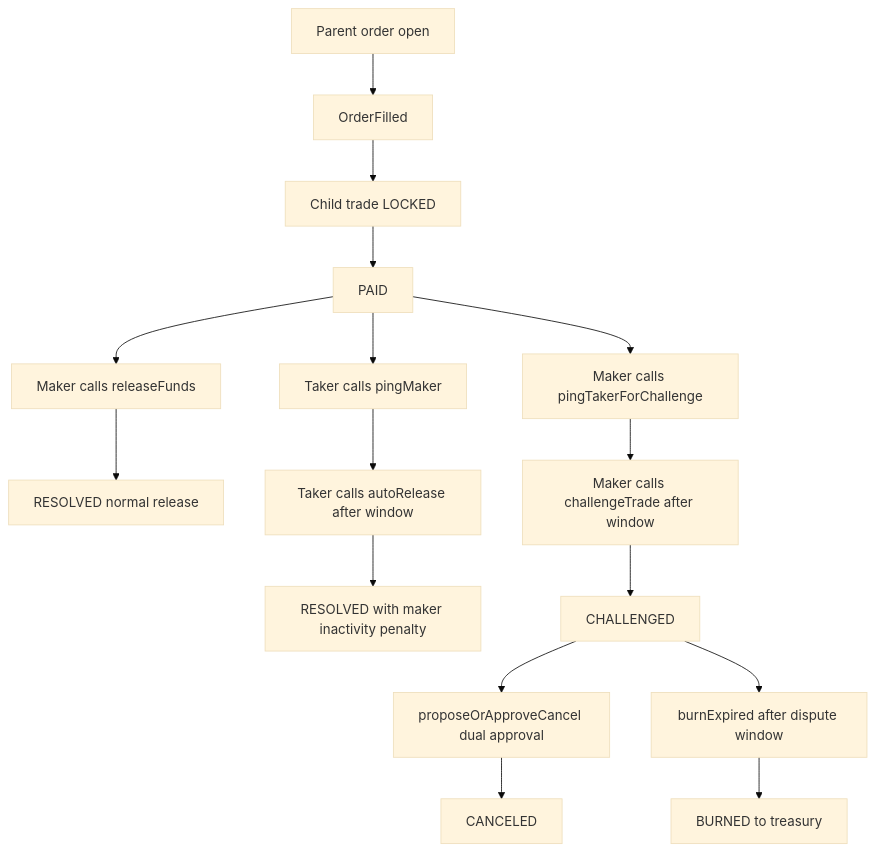
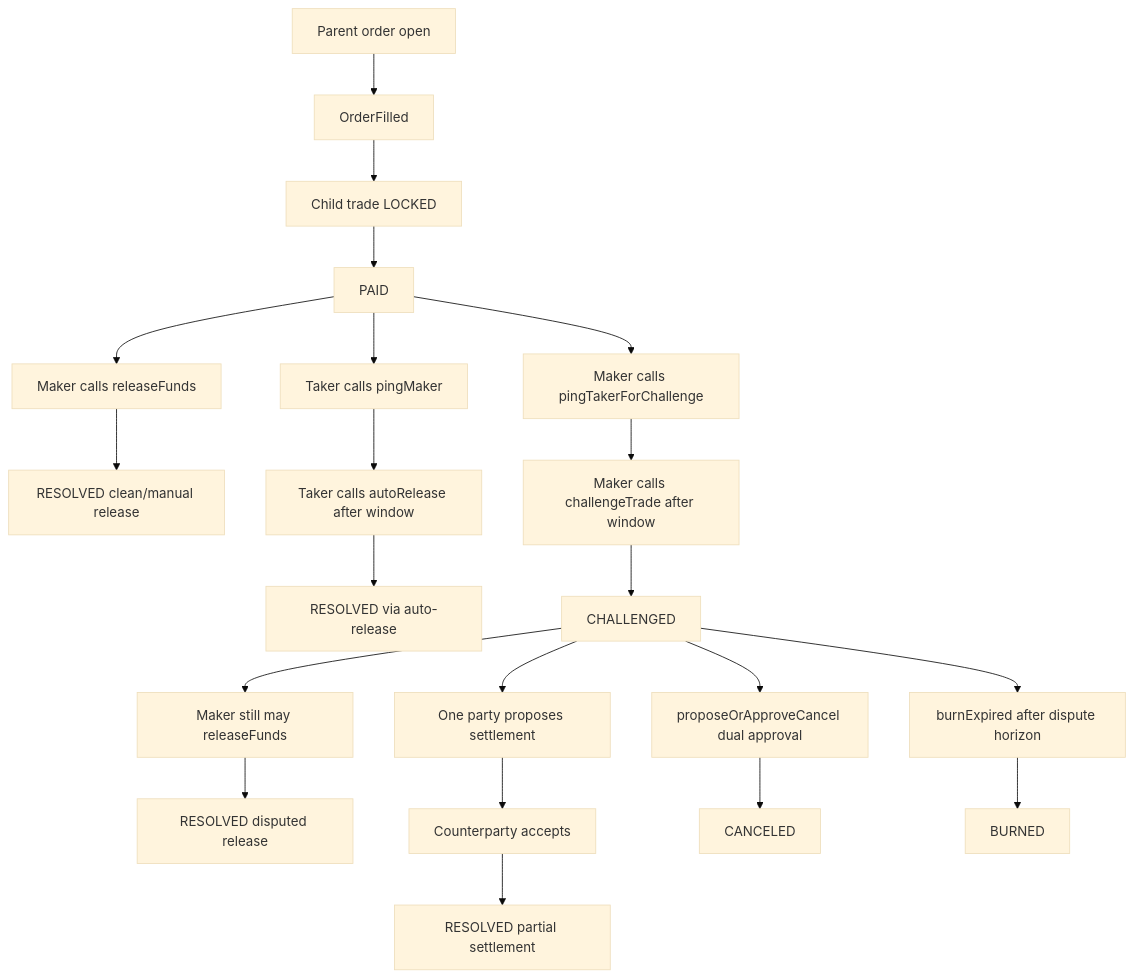
One commit to MyDemir/Araf-Protokol changed the first of 2 diagrams in docs/EN/GAME_THEORY.md. Above: the diagram before and after it, drawn with Mermaid (base theme). The commit also changed other lines of this file, not shown here.

````diff
--- a/docs/EN/GAME_THEORY.md
+++ b/docs/EN/GAME_THEORY.md
@@ -11,23 +32,30 @@
 ```mermaid
 flowchart TD
     parent_order[Parent order open] --> fill_event[OrderFilled]
     fill_event --> child_trade[Child trade LOCKED]
     child_trade --> paid_state[PAID]
 
     paid_state --> release_call[Maker calls releaseFunds]
-    release_call --> resolved_normal[RESOLVED normal release]
+    release_call --> resolved_normal[RESOLVED clean/manual release]
 
     paid_state --> ping_maker[Taker calls pingMaker]
     ping_maker --> auto_release[Taker calls autoRelease after window]
-    auto_release --> resolved_penalty[RESOLVED with maker inactivity penalty]
+    auto_release --> resolved_penalty[RESOLVED via auto-release]
 
     paid_state --> ping_taker[Maker calls pingTakerForChallenge]
     ping_taker --> challenge_call[Maker calls challengeTrade after window]
     challenge_call --> challenged_state[CHALLENGED]
 
+    challenged_state --> release_after_challenge[Maker still may releaseFunds]
+    release_after_challenge --> disputed_release[RESOLVED disputed release]
+
+    challenged_state --> split_offer[One party proposes settlement]
+    split_offer --> split_accept[Counterparty accepts]
+    split_accept --> split_resolved[RESOLVED partial settlement]
+
     challenged_state --> cancel_dual[proposeOrApproveCancel dual approval]
     cancel_dual --> canceled_state[CANCELED]
 
-    challenged_state --> burn_call[burnExpired after dispute window]
-    burn_call --> burn_terminal[BURNED to treasury]
+    challenged_state --> burn_call[burnExpired after dispute horizon]
+    burn_call --> burn_terminal[BURNED]
 ```
````
